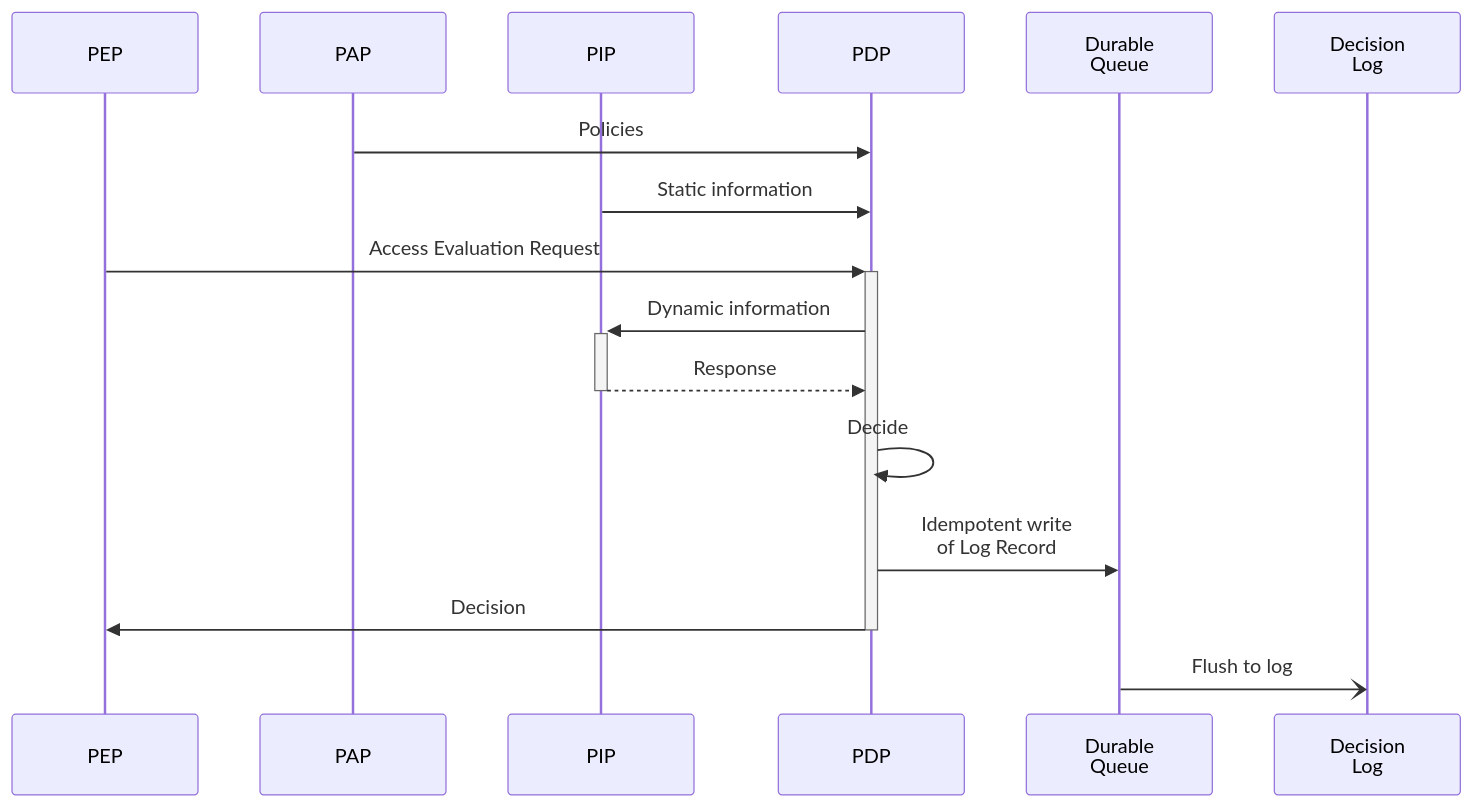
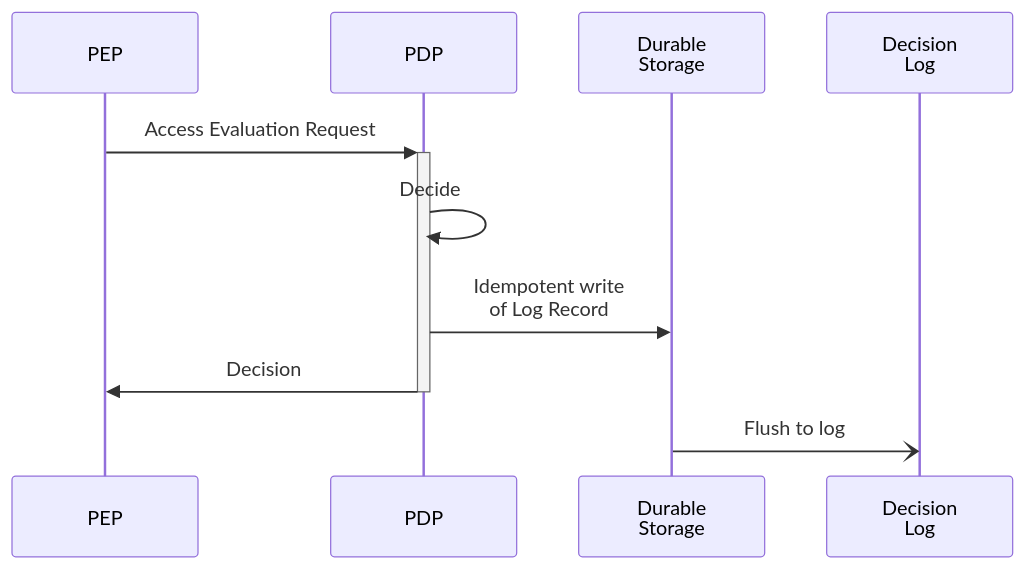
The diagram in media/writing-log-record.mermaid (Logius-standaarden/authorization-decision-log), drawn with Mermaid before and after one commit. The commit also changed 10 other files, not shown here.

```diff
--- a/media/writing-log-record.mermaid
+++ b/media/writing-log-record.mermaid
@@ -1,16 +1,10 @@
 sequenceDiagram
     participant PEP
-    participant PAP
-    participant PIP
     participant PDP
-    participant Queue as Durable<br/>Queue
+    participant Storage as Durable<br/>Storage
     participant ADL as Decision<br/>Log
-    PAP->>PDP: Policies
-    PIP->>PDP: Static information
     PEP->>+PDP: Access Evaluation Request
-    PDP->>+PIP: Dynamic information
-    PIP-->>-PDP: Response
     PDP->>PDP: Decide
-    PDP->>Queue: Idempotent write<br/>of Log Record
+    PDP->>Storage: Idempotent write<br/>of Log Record
     PDP->>-PEP: Decision
-    Queue-)ADL: Flush to log
+    Storage-)ADL: Flush to log
```
